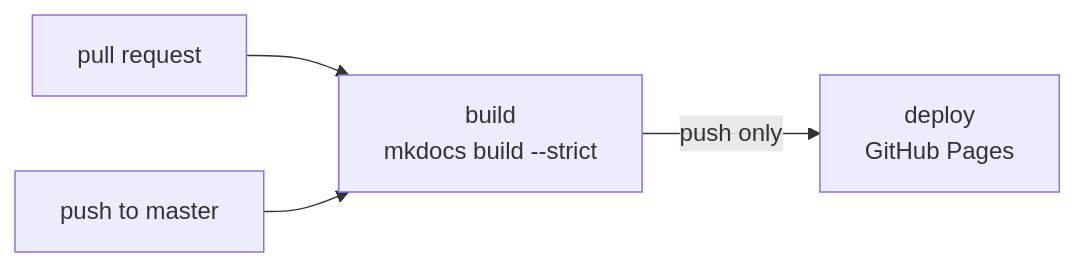
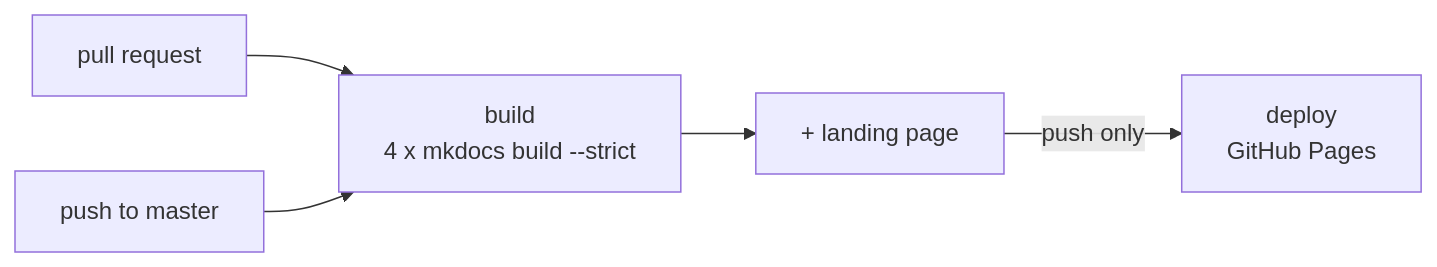
Before and after one commit to HarshitRuwali/homelab-infra: the diagram in monitoring/docs/reference/tooling.md, drawn with Mermaid. The commit also changed other lines of this file and 92 other files, not shown here.

````diff
--- a/monitoring/docs/reference/tooling.md
+++ b/monitoring/docs/reference/tooling.md
@@ -45,6 +93,7 @@
 ```mermaid
 flowchart LR
-    PR["pull request"] --> B["build<br/>mkdocs build --strict"]
+    PR["pull request"] --> B["build<br/>4 x mkdocs build --strict"]
     P["push to master"] --> B
-    B -->|"push only"| D["deploy<br/>GitHub Pages"]
+    B --> L["+ landing page"]
+    L -->|"push only"| D["deploy<br/>GitHub Pages"]
 ```
````
